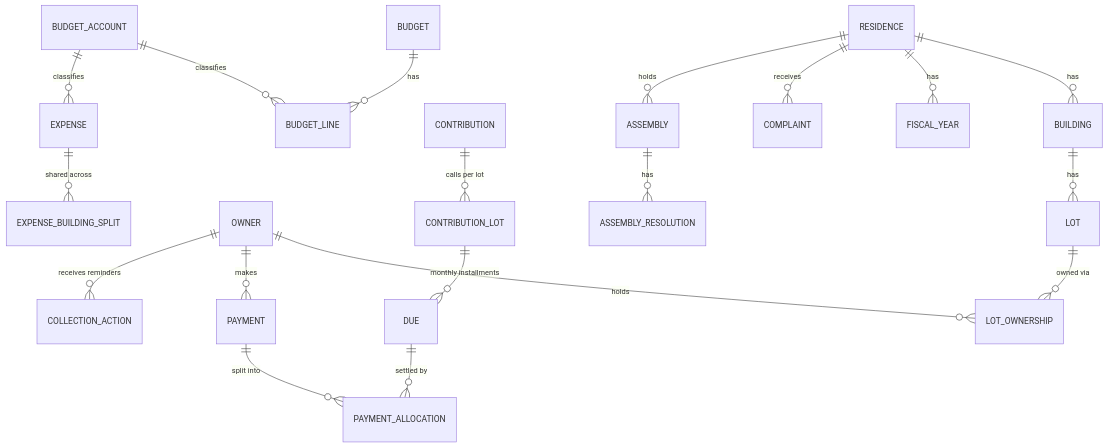
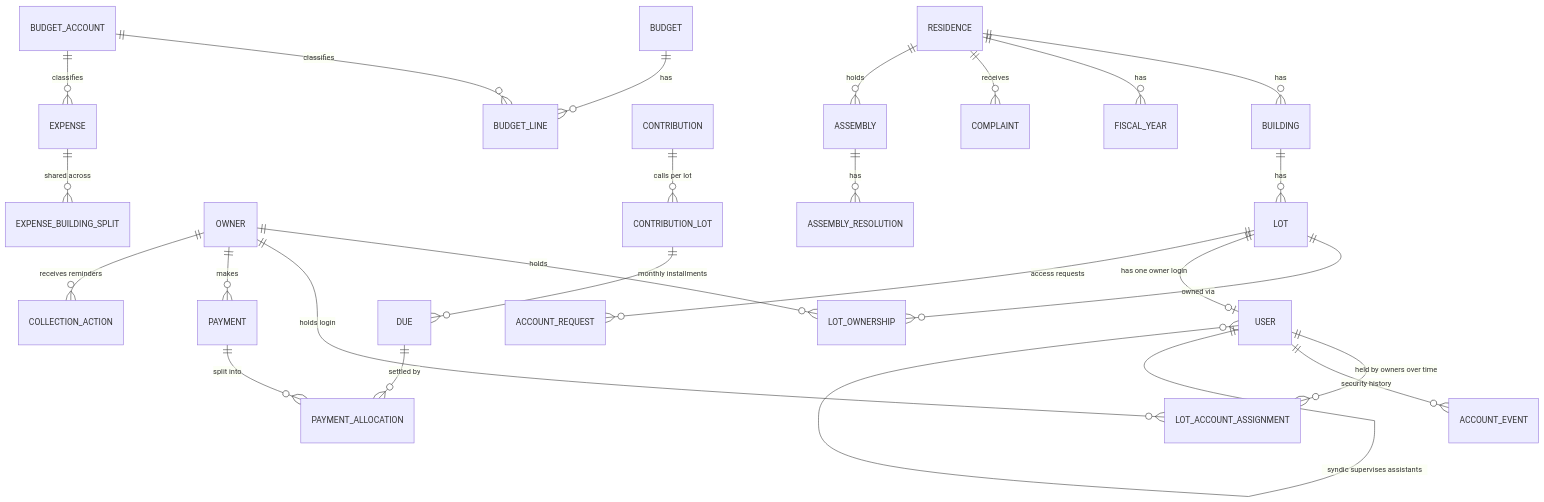
One commit to Khalid-Elkhattab/syndicpro changed the diagram in docs/do/Syndic_Database_Structure.md. Above: the diagram before and after it, drawn with Mermaid. The commit also changed other lines of this file and 1 other file, not shown here.

````diff
--- a/docs/do/Syndic_Database_Structure.md
+++ b/docs/do/Syndic_Database_Structure.md
@@ -29,21 +33,27 @@
 ```mermaid
 erDiagram
   RESIDENCE ||--o{ BUILDING : has
   RESIDENCE ||--o{ FISCAL_YEAR : has
   BUILDING ||--o{ LOT : has
   LOT ||--o{ LOT_OWNERSHIP : "owned via"
   OWNER ||--o{ LOT_OWNERSHIP : holds
+  LOT ||--o| USER : "has one owner login"
+  USER ||--o{ LOT_ACCOUNT_ASSIGNMENT : "held by owners over time"
+  OWNER ||--o{ LOT_ACCOUNT_ASSIGNMENT : "holds login"
+  USER ||--o{ ACCOUNT_EVENT : "security history"
+  USER ||--o{ USER : "syndic supervises assistants"
+  LOT ||--o{ ACCOUNT_REQUEST : "access requests"
   CONTRIBUTION ||--o{ CONTRIBUTION_LOT : "calls per lot"
   CONTRIBUTION_LOT ||--o{ DUE : "monthly installments"
   OWNER ||--o{ PAYMENT : makes
   PAYMENT ||--o{ PAYMENT_ALLOCATION : "split into"
   DUE ||--o{ PAYMENT_ALLOCATION : "settled by"
   BUDGET ||--o{ BUDGET_LINE : has
   BUDGET_ACCOUNT ||--o{ BUDGET_LINE : "classifies"
   BUDGET_ACCOUNT ||--o{ EXPENSE : "classifies"
   EXPENSE ||--o{ EXPENSE_BUILDING_SPLIT : "shared across"
   RESIDENCE ||--o{ COMPLAINT : receives
   RESIDENCE ||--o{ ASSEMBLY : holds
   ASSEMBLY ||--o{ ASSEMBLY_RESOLUTION : has
   OWNER ||--o{ COLLECTION_ACTION : "receives reminders"
 ```
````
